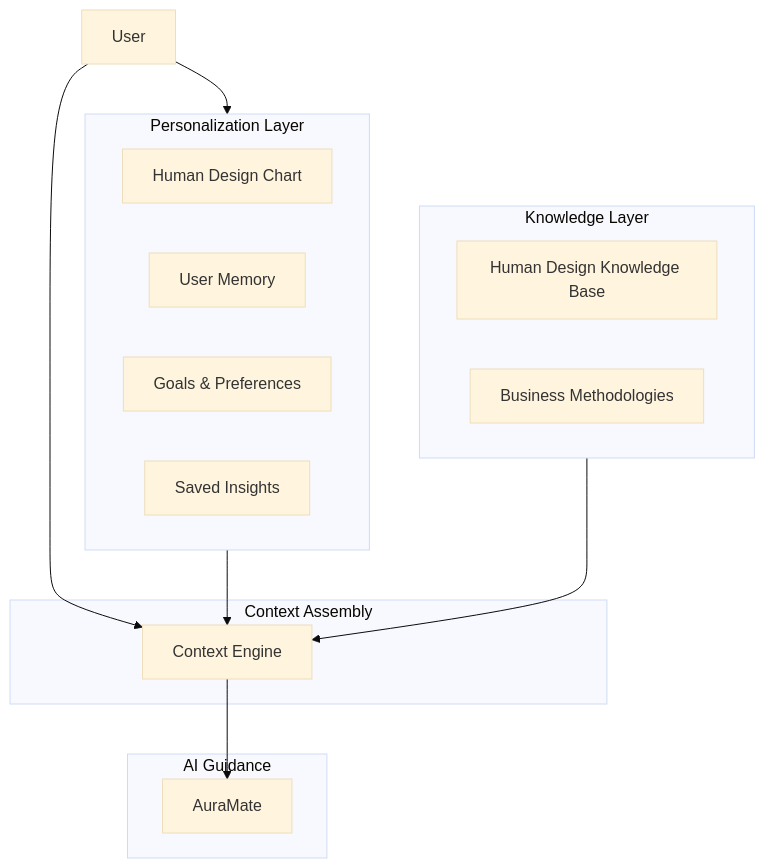
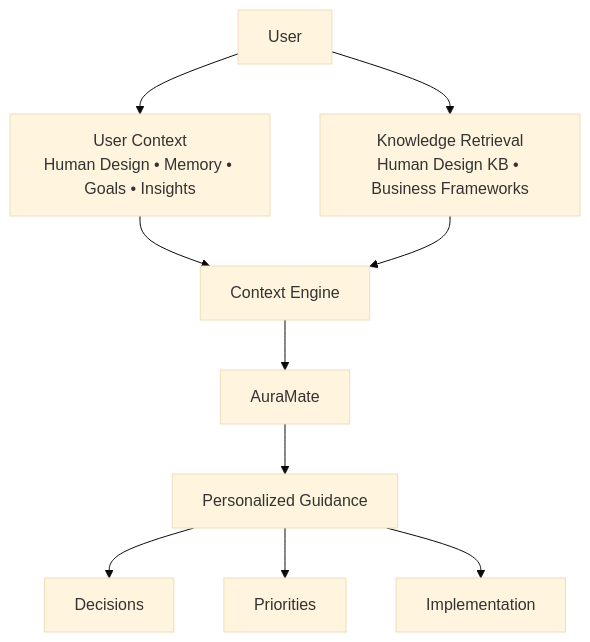
Before and after one commit to puregenerators/sacral-business-os-showcase: the diagram in README.md, drawn with Mermaid (base theme). The commit also changed other lines of this file, not shown here.

Commit message:
Add Core AI Workflow section to README
Added a section for Core AI Workflow with a flowchart illustrating the user interaction and AI guidance process.

````diff
--- a/README.md
+++ b/README.md
@@ -11,31 +13,20 @@
 ```mermaid
 flowchart TD
 
     U[User]
 
-    subgraph P["Personalization Layer"]
-        HD[Human Design Chart]
-        MEM[User Memory]
-        GOALS[Goals & Preferences]
-        INSIGHTS[Saved Insights]
-    end
+    U --> UC[User Context<br/>Human Design • Memory • Goals • Insights]
 
-    subgraph K["Knowledge Layer"]
-        KB[Human Design Knowledge Base]
-        BM[Business Methodologies]
-    end
+    U --> KR[Knowledge Retrieval<br/>Human Design KB • Business Frameworks]
 
-    subgraph C["Context Assembly"]
-        CTX[Context Engine]
-    end
+    UC --> CE[Context Engine]
+    KR --> CE
 
-    subgraph A["AI Guidance"]
-        AM[AuraMate]
-    end
+    CE --> AI[AuraMate]
 
-    U --> P
-    P --> CTX
-    K --> CTX
-    U --> CTX
-    CTX --> AM
+    AI --> OUT[Personalized Guidance]
+
+    OUT --> D[Decisions]
+    OUT --> P[Priorities]
+    OUT --> I[Implementation]
 ```
````
